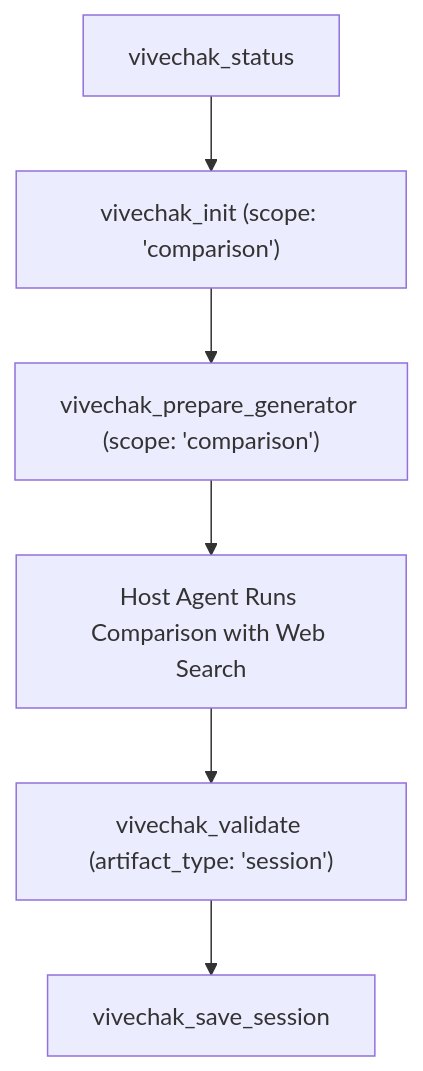
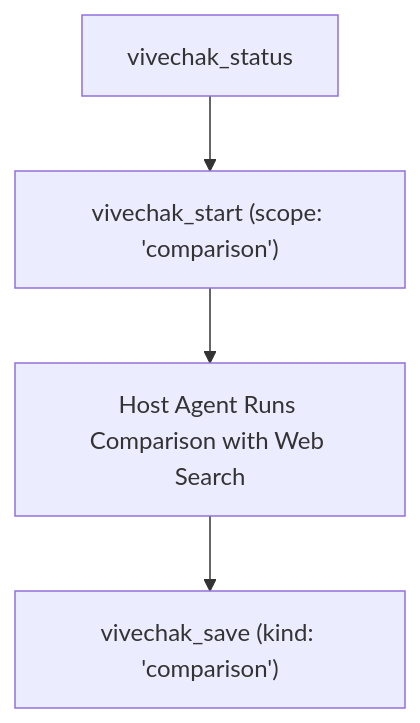
The second of 2 diagrams in docs/MCP-TOOLS.md (bhaskarjha-dev/vivechak), drawn with Mermaid before and after one commit. The commit also changed other lines of this file and 27 other files, not shown here.

````diff
--- a/docs/MCP-TOOLS.md
+++ b/docs/MCP-TOOLS.md
@@ -174,8 +167,6 @@
 ```mermaid
 flowchart TD
-    S["vivechak_status"] --> I["vivechak_init (scope: 'comparison')"]
-    I --> P["vivechak_prepare_generator (scope: 'comparison')"]
-    P --> R1["Host Agent Runs Comparison with Web Search"]
-    R1 --> VAL["vivechak_validate (artifact_type: 'session')"]
-    VAL --> SS["vivechak_save_session"]
+    S["vivechak_status"] --> ST["vivechak_start (scope: 'comparison')"]
+    ST --> R1["Host Agent Runs Comparison with Web Search"]
+    R1 --> SC["vivechak_save (kind: 'comparison')"]
 ```
````
